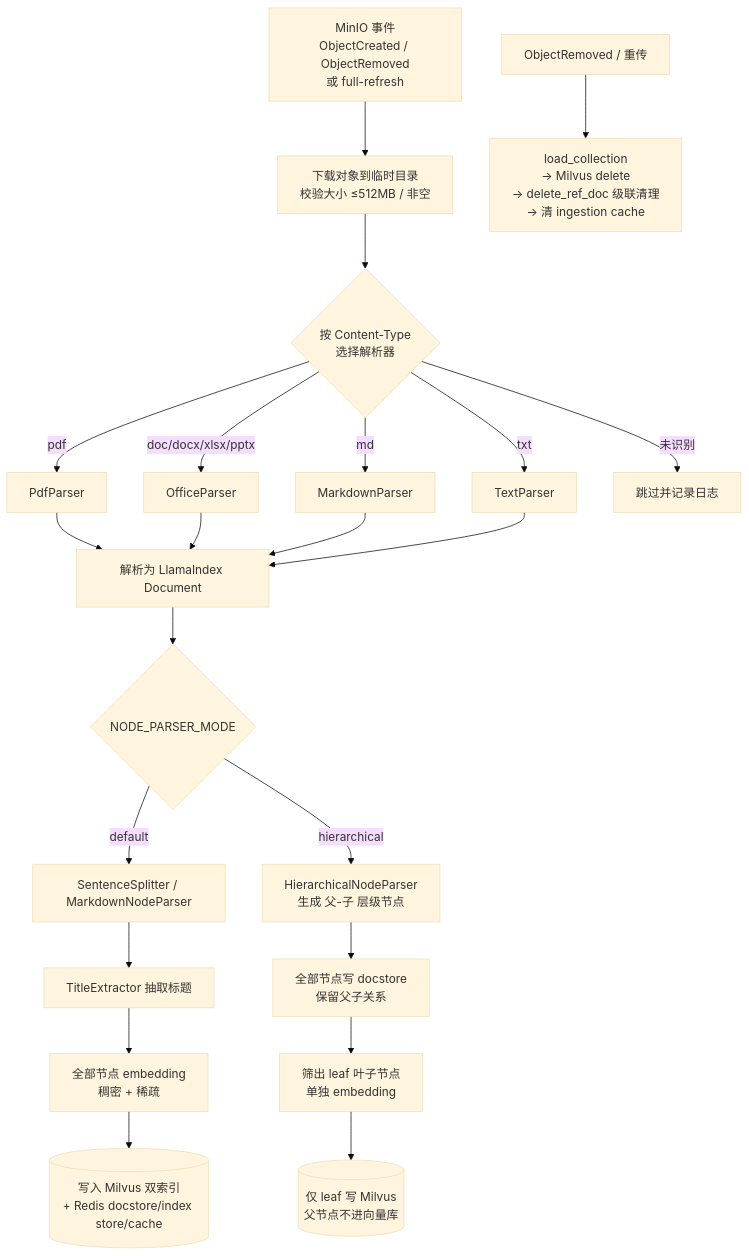
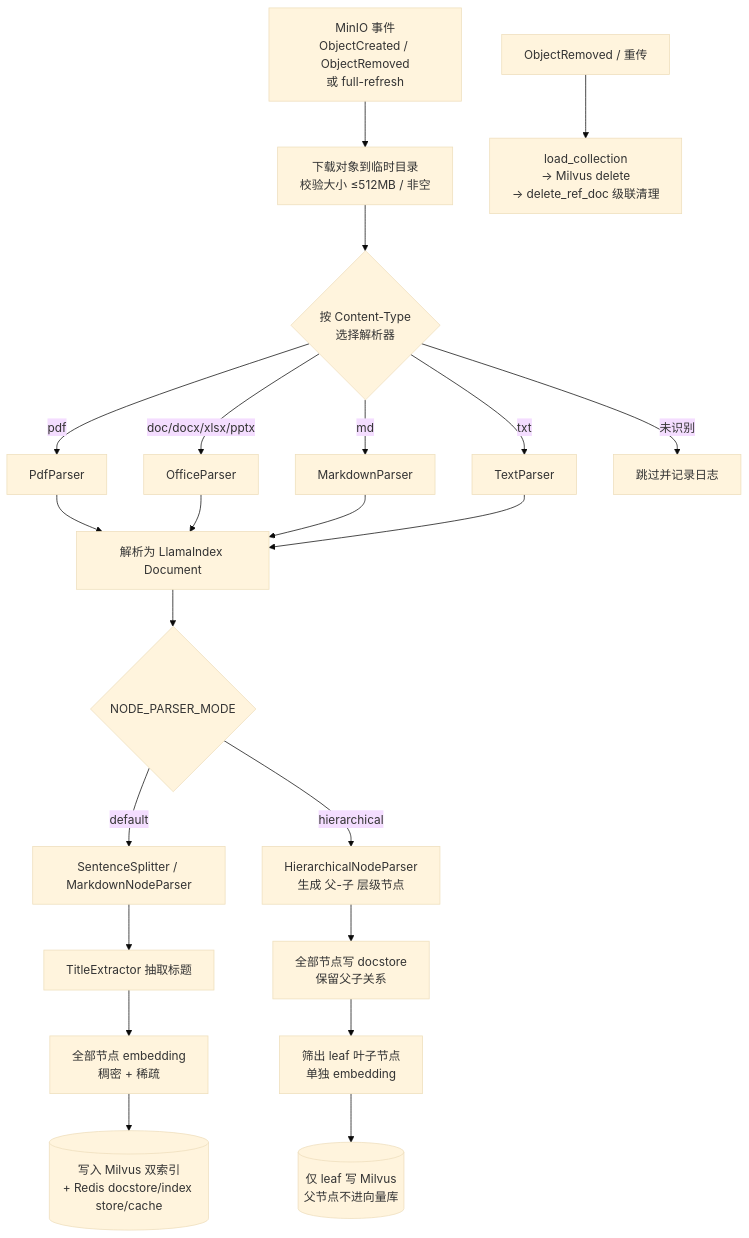
Before and after one commit to sxlxzbb/mildoc_llamaindex: the third of 5 diagrams in README.md, drawn with Mermaid (base theme). The commit also changed other lines of this file and 1 other file, not shown here.

````diff
--- a/README.md
+++ b/README.md
@@ -171,28 +176,28 @@
 ```mermaid
 flowchart TB
     E[MinIO 事件<br/>ObjectCreated / ObjectRemoved<br/>或 full-refresh]
     --> DL[下载对象到临时目录<br/>校验大小 ≤512MB / 非空]
     --> SEL{按 Content-Type<br/>选择解析器}
     SEL -->|pdf| P1[PdfParser]
     SEL -->|doc/docx/xlsx/pptx| P2[OfficeParser]
     SEL -->|md| P3[MarkdownParser]
     SEL -->|txt| P4[TextParser]
     SEL -->|未识别| SKIP[跳过并记录日志]
     P1 --> DOC[解析为 LlamaIndex Document]
     P2 --> DOC
     P3 --> DOC
     P4 --> DOC
     DOC --> MODE{NODE_PARSER_MODE}
 
     MODE -->|default| D1[SentenceSplitter / MarkdownNodeParser]
     D1 --> D2[TitleExtractor 抽取标题]
     D2 --> D3[全部节点 embedding<br/>稠密 + 稀疏]
     D3 --> D4[(写入 Milvus 双索引<br/>+ Redis docstore/index store/cache)]
 
     MODE -->|hierarchical| H1[HierarchicalNodeParser<br/>生成 父-子 层级节点]
     H1 --> H2[全部节点写 docstore<br/>保留父子关系]
     H2 --> H3[筛出 leaf 叶子节点<br/>单独 embedding]
     H3 --> H4[(仅 leaf 写 Milvus<br/>父节点不进向量库)]
 
-    RM[ObjectRemoved / 重传] --> DEL[load_collection<br/>→ Milvus delete<br/>→ delete_ref_doc 级联清理<br/>→ 清 ingestion cache]
+    RM[ObjectRemoved / 重传] --> DEL[load_collection<br/>→ Milvus delete<br/>→ delete_ref_doc 级联清理<br/>]
 ```
````
